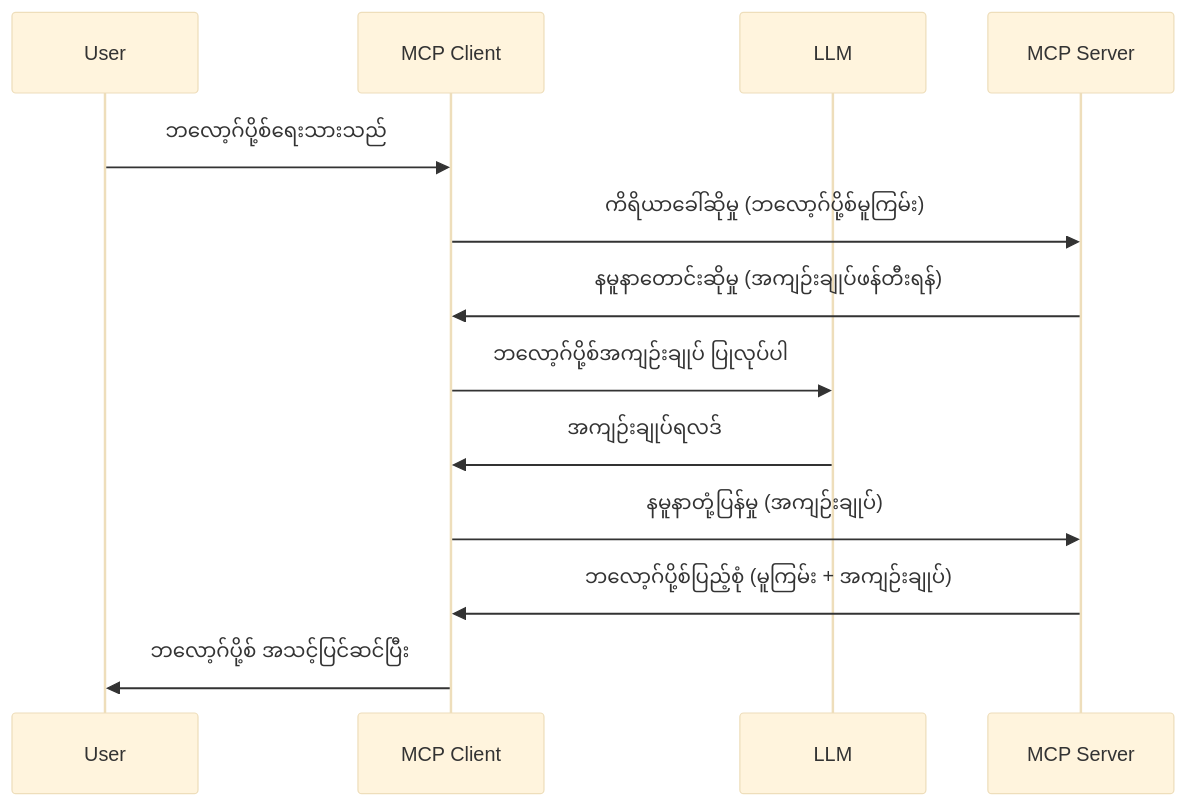
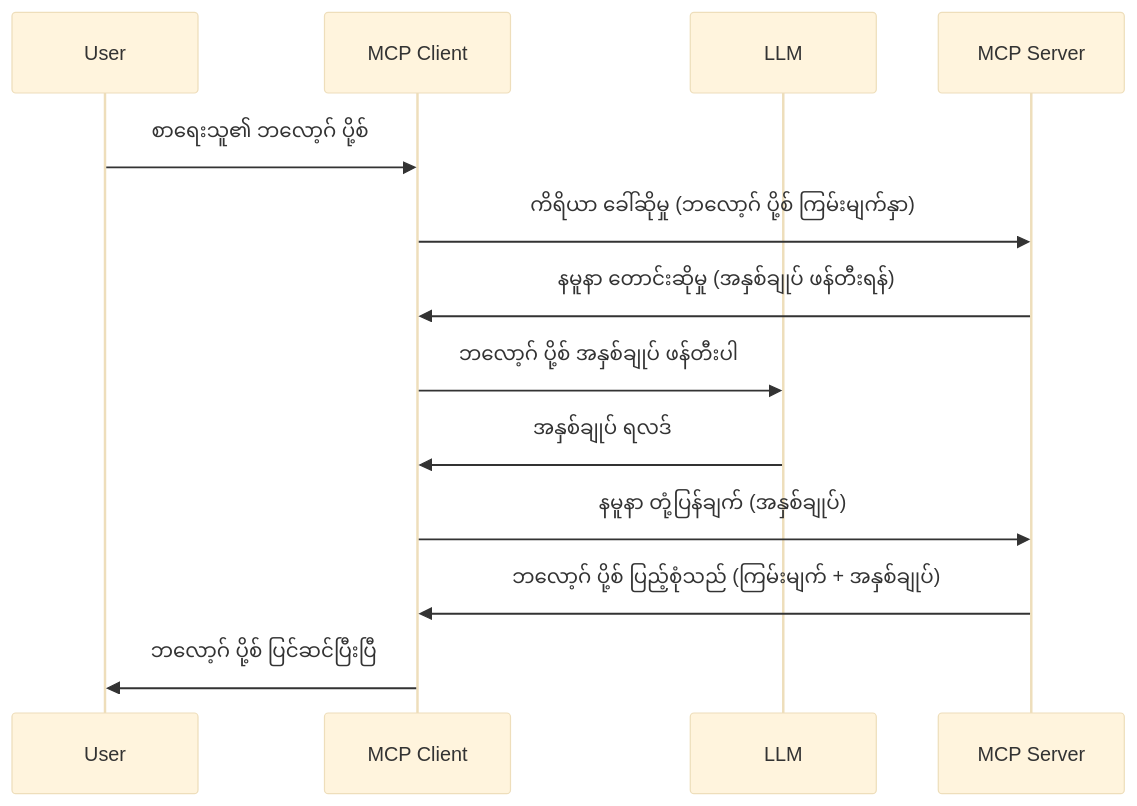
One commit to HIDORAKAI002/ai-workspace-archive changed the diagram in mcp_ecosystem__model_context_protocol/mcp_learning_resources/mcp-for-beginners/translations/my/03-GettingStarted/14-sampling/README.md. Above: the diagram before and after it, drawn with Mermaid (base theme). The commit also changed other lines of this file and 1046 other files, not shown here.

````diff
--- a/mcp_ecosystem__model_context_protocol/mcp_learning_resources/mcp-for-beginners/translations/my/03-GettingStarted/14-sampling/README.md
+++ b/mcp_ecosystem__model_context_protocol/mcp_learning_resources/mcp-for-beginners/translations/my/03-GettingStarted/14-sampling/README.md
@@ -23,16 +25,16 @@
 ```mermaid
 sequenceDiagram
     participant User
     participant MCP Client
     participant LLM
     participant MCP Server
 
-    User->>MCP Client: ဘလော့ဂ်ပို့စ်ရေးသားသည်
-    MCP Client->>MCP Server: ကိရိယာခေါ်ဆိုမှု (ဘလော့ဂ်ပို့စ်မူကြမ်း)
-    MCP Server->>MCP Client: နမူနာတောင်းဆိုမှု (အကျဉ်းချုပ်ဖန်တီးရန်)
-    MCP Client->>LLM: ဘလော့ဂ်ပို့စ်အကျဉ်းချုပ် ပြုလုပ်ပါ
-    LLM->>MCP Client: အကျဉ်းချုပ်ရလဒ်
-    MCP Client->>MCP Server: နမူနာတုံ့ပြန်မှု (အကျဉ်းချုပ်)
-    MCP Server->>MCP Client: ဘလော့ဂ်ပို့စ်ပြည့်စုံ (မူကြမ်း + အကျဉ်းချုပ်)
-    MCP Client->>User: ဘလော့ဂ်ပို့စ် အသင့်ပြင်ဆင်ပြီး
+    User->>MCP Client: စာရေးသူ၏ ဘလော့ဂ် ပို့စ်
+    MCP Client->>MCP Server: ကိရိယာ ခေါ်ဆိုမှု (ဘလော့ဂ် ပို့စ် ကြမ်းမျက်နှာ)
+    MCP Server->>MCP Client: နမူနာ တောင်းဆိုမှု (အနှစ်ချုပ် ဖန်တီးရန်)
+    MCP Client->>LLM: ဘလော့ဂ် ပို့စ် အနှစ်ချုပ် ဖန်တီးပါ
+    LLM->>MCP Client: အနှစ်ချုပ် ရလဒ်
+    MCP Client->>MCP Server: နမူနာ တုံ့ပြန်ချက် (အနှစ်ချုပ်)
+    MCP Server->>MCP Client: ဘလော့ဂ် ပို့စ် ပြည့်စုံသည် (ကြမ်းမျက် + အနှစ်ချုပ်)
+    MCP Client->>User: ဘလော့ဂ် ပို့စ် ပြင်ဆင်ပြီးပြီ
 ```
````
